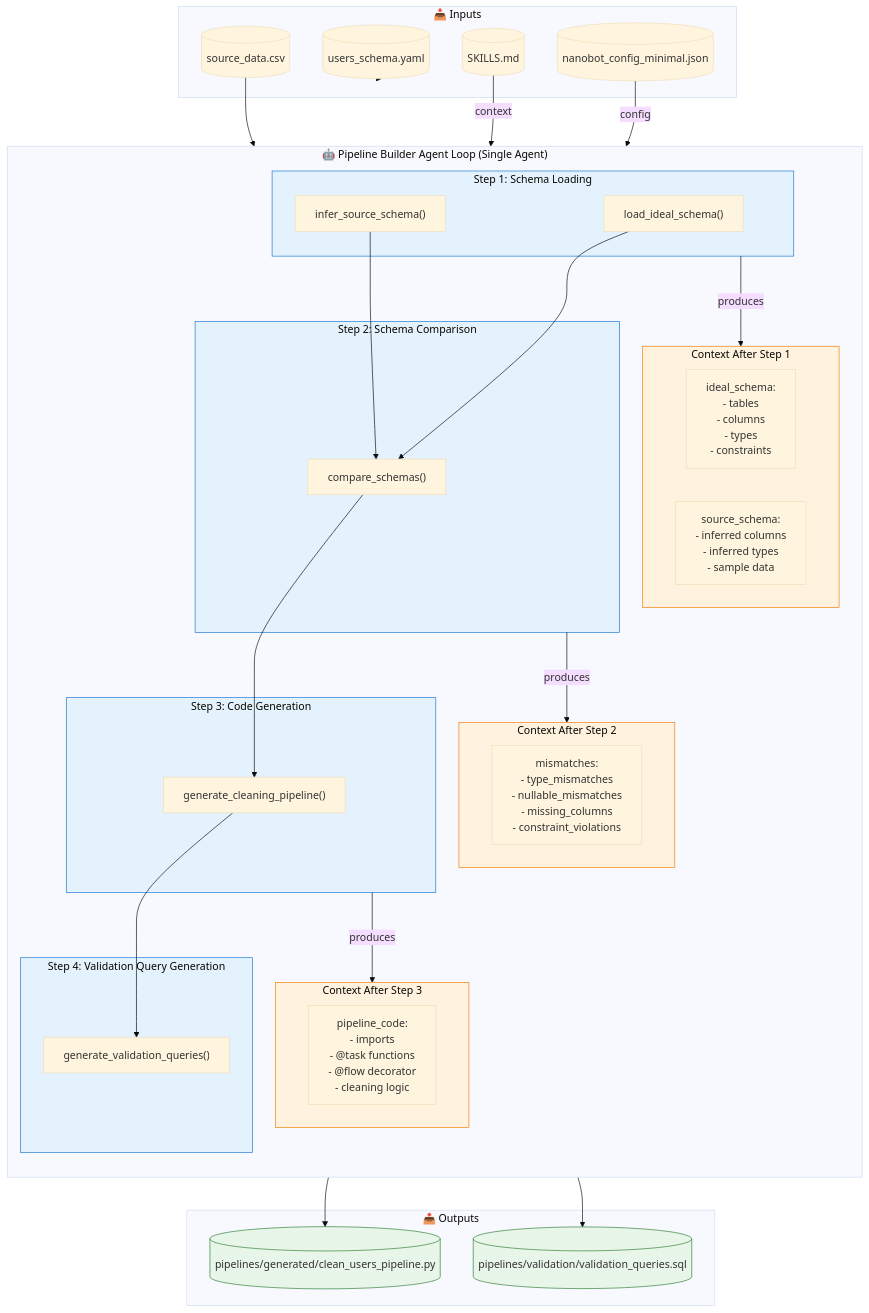
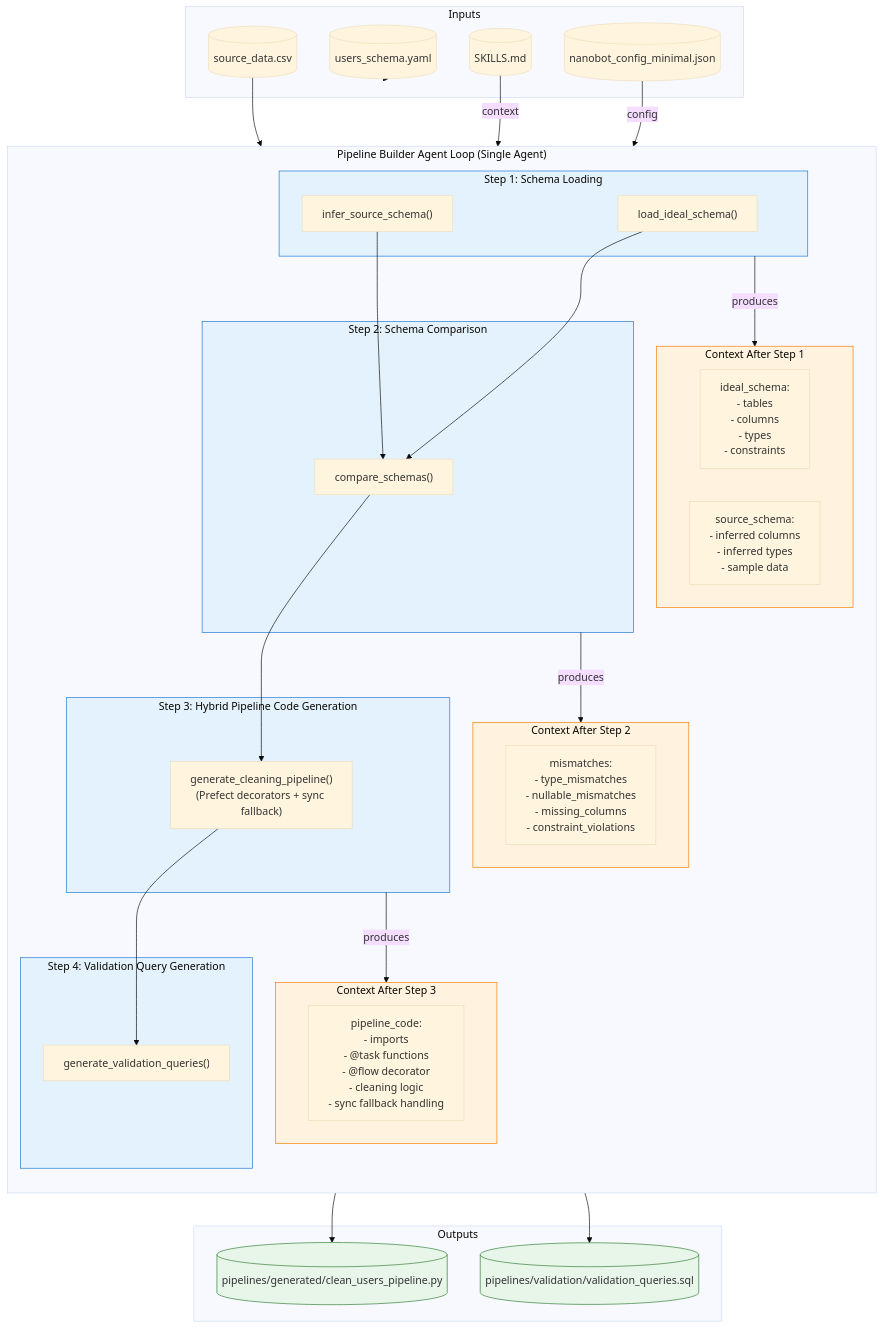
Before and after one commit to antquinonez/loops-data-ingestion: the second of 10 diagrams in ARCHITECTURE.md, drawn with Mermaid (base theme). The commit also changed other lines of this file and 1 other file, not shown here.

````diff
--- a/ARCHITECTURE.md
+++ b/ARCHITECTURE.md
@@ -22,73 +107,73 @@
 ```mermaid
 flowchart TB
-    subgraph Inputs["📥 Inputs"]
+    subgraph Inputs["Inputs"]
         S[("source_data.csv")]
         IDEAL[("users_schema.yaml")]
         SKILLS[("SKILLS.md")]
         Config[("nanobot_config_minimal.json")]
     end
     
-    subgraph AgentLoop["🤖 Pipeline Builder Agent Loop (Single Agent)"]
+    subgraph AgentLoop["Pipeline Builder Agent Loop (Single Agent)"]
         direction TB
         
         subgraph Step1["Step 1: Schema Loading"]
             LIS["load_ideal_schema()"]
             IIS["infer_source_schema()"]
         end
         
         subgraph Context1["Context After Step 1"]
             C1["ideal_schema:\n- tables\n- columns\n- types\n- constraints"]
             C2["source_schema:\n- inferred columns\n- inferred types\n- sample data"]
         end
         
         subgraph Step2["Step 2: Schema Comparison"]
             CS["compare_schemas()"]
         end
         
         subgraph Context2["Context After Step 2"]
             C3["mismatches:\n- type_mismatches\n- nullable_mismatches\n- missing_columns\n- constraint_violations"]
         end
         
-        subgraph Step3["Step 3: Code Generation"]
-            GCP["generate_cleaning_pipeline()"]
+        subgraph Step3["Step 3: Hybrid Pipeline Code Generation"]
+            GCP["generate_cleaning_pipeline()\n(Prefect decorators + sync fallback)"]
         end
         
         subgraph Context3["Context After Step 3"]
-            C4["pipeline_code:\n- imports\n- @task functions\n- @flow decorator\n- cleaning logic"]
+            C4["pipeline_code:\n- imports\n- @task functions\n- @flow decorator\n- cleaning logic\n- sync fallback handling"]
         end
         
         subgraph Step4["Step 4: Validation Query Generation"]
             GVE["generate_validation_queries()"]
         end
         
         Step1 -->|produces| Context1
         Step2 -->|produces| Context2
         Step3 -->|produces| Context3
         
         LIS --> CS
         IIS --> CS
         CS --> GCP
         GCP --> GVE
     end
     
-    subgraph Outputs["📤 Outputs"]
+    subgraph Outputs["Outputs"]
         PC[("pipelines/generated/clean_users_pipeline.py")]
         VQ[("pipelines/validation/validation_queries.sql")]
     end
     
     S --> Step1
     IDEAL --> Step1
     SKILLS -->|context| AgentLoop
     Config -->|config| AgentLoop
     
     AgentLoop --> PC
     AgentLoop --> VQ
     
     classDef context fill:#fff3e0,stroke:#f57c00
     classDef step fill:#e3f2fd,stroke:#1976d2
     classDef output fill:#e8f5e9,stroke:#2e7d32
     
     class Context1,Context2,Context3 context
     class Step1,Step2,Step3,Step4 step
     class PC,VQ output
 ```
````
